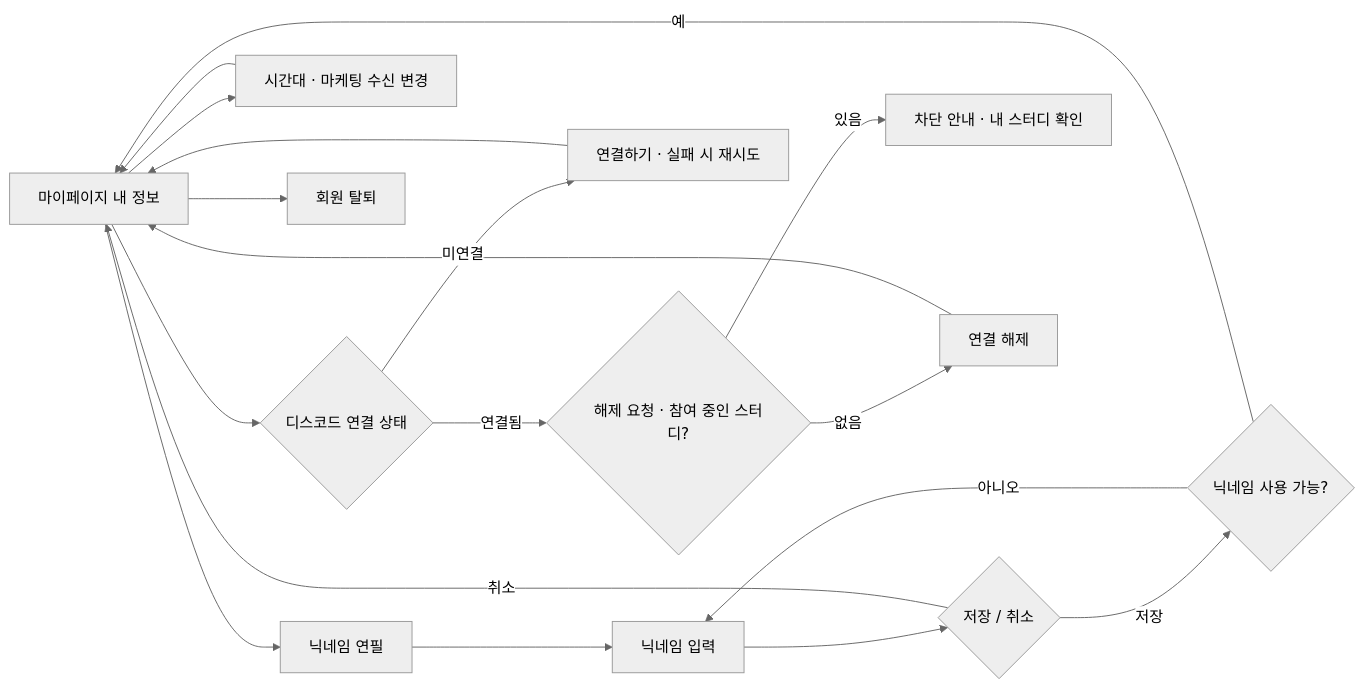
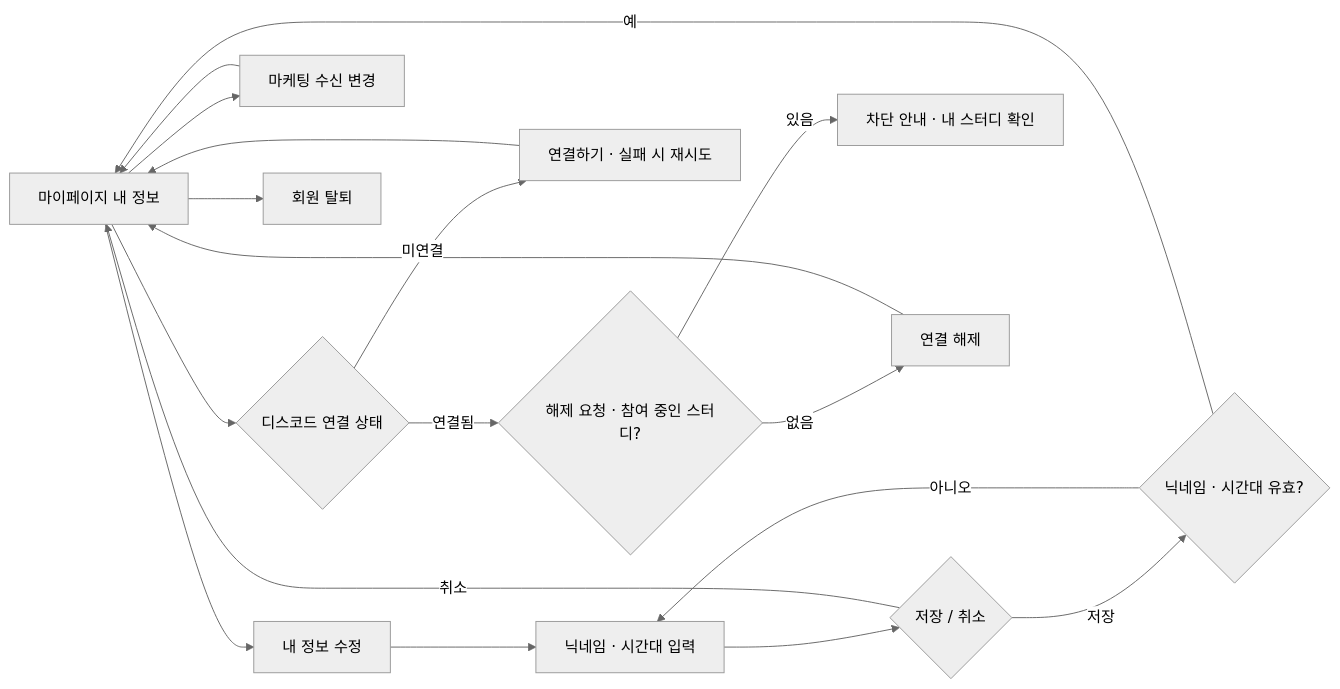
Before and after one commit to StudyClub-PlusPlus/studyclub-engineering: the first of 2 diagrams in 01-planning/stories/crew-edit-profile/PRD.md, drawn with Mermaid (neutral theme). The commit also changed other lines of this file and 9 other files, not shown here.

````diff
--- a/01-planning/stories/crew-edit-profile/PRD.md
+++ b/01-planning/stories/crew-edit-profile/PRD.md
@@ -9,17 +9,17 @@
 ```mermaid
 flowchart LR
-  A["마이페이지 내 정보"] --> B["닉네임 연필"]
-  B --> C["닉네임 입력"]
+  A["마이페이지 내 정보"] --> B["내 정보 수정"]
+  B --> C["닉네임 · 시간대 입력"]
   C --> D{"저장 / 취소"}
   D -->|취소| A
-  D -->|저장| E{"닉네임 사용 가능?"}
+  D -->|저장| E{"닉네임 · 시간대 유효?"}
   E -->|아니오| C
   E -->|예| A
-  A --> H["시간대 · 마케팅 수신 변경"] --> A
+  A --> H["마케팅 수신 변경"] --> A
   A --> I{"디스코드 연결 상태"}
   I -->|미연결| J["연결하기 · 실패 시 재시도"] --> A
   I -->|연결됨| K{"해제 요청 · 참여 중인 스터디?"}
   K -->|있음| L["차단 안내 · 내 스터디 확인"]
   K -->|없음| M["연결 해제"] --> A
   A --> G["회원 탈퇴"]
 ```
````
